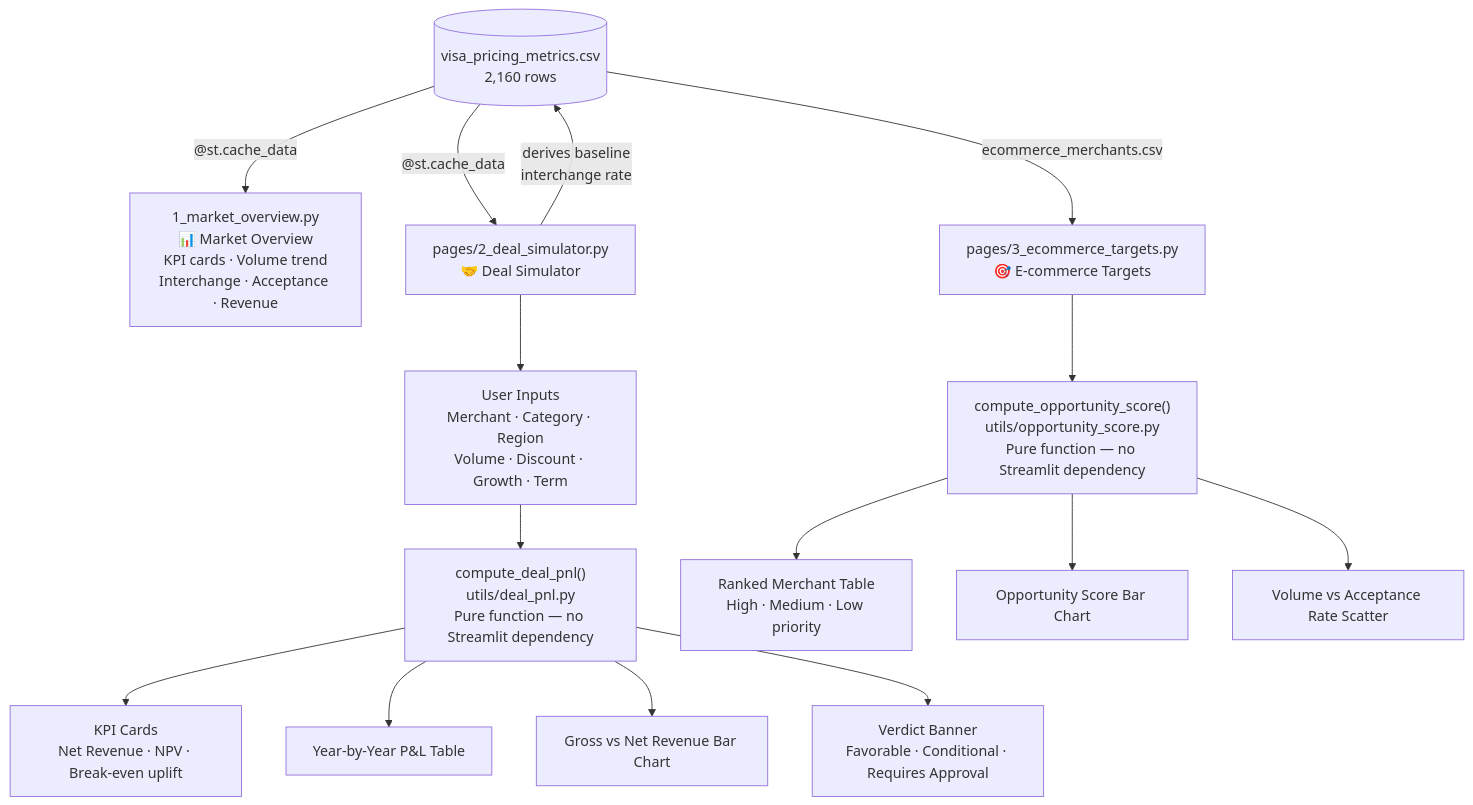
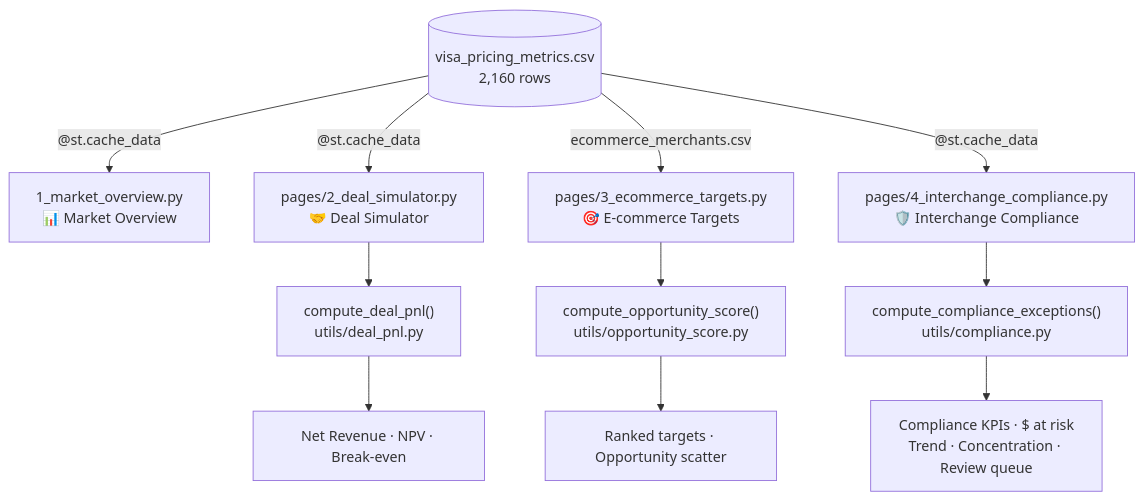
One commit to GoldenCrate/Visa-Pricing-Analyst changed the diagram in README.md. Above: the diagram before and after it, drawn with Mermaid. The commit also changed other lines of this file and 4 other files, not shown here.

````diff
--- a/README.md
+++ b/README.md
@@ -30,22 +67,17 @@
 ```mermaid
 flowchart TD
     CSV[("visa_pricing_metrics.csv\n2,160 rows")]
 
-    CSV -->|"@st.cache_data"| P1["1_market_overview.py\n📊 Market Overview\nKPI cards · Volume trend\nInterchange · Acceptance · Revenue"]
+    CSV -->|"@st.cache_data"| P1["1_market_overview.py\n📊 Market Overview"]
     CSV -->|"@st.cache_data"| P2["pages/2_deal_simulator.py\n🤝 Deal Simulator"]
     CSV -->|"ecommerce_merchants.csv"| P3["pages/3_ecommerce_targets.py\n🎯 E-commerce Targets"]
+    CSV -->|"@st.cache_data"| P4["pages/4_interchange_compliance.py\n🛡️ Interchange Compliance"]
 
-    P2 --> INPUTS["User Inputs\nMerchant · Category · Region\nVolume · Discount · Growth · Term"]
-    INPUTS --> FN["compute_deal_pnl()\nutils/deal_pnl.py\nPure function — no Streamlit dependency"]
-    FN --> OUT1["KPI Cards\nNet Revenue · NPV · Break-even uplift"]
-    FN --> OUT2["Year-by-Year P&L Table"]
-    FN --> OUT3["Gross vs Net Revenue Bar Chart"]
-    FN --> OUT4["Verdict Banner\nFavorable · Conditional · Requires Approval"]
+    P2 --> FN["compute_deal_pnl()\nutils/deal_pnl.py"]
+    P3 --> SCORE["compute_opportunity_score()\nutils/opportunity_score.py"]
+    P4 --> COMP["compute_compliance_exceptions()\nutils/compliance.py"]
 
-    P2 -->|"derives baseline\ninterchange rate"| CSV
-
-    P3 --> SCORE["compute_opportunity_score()\nutils/opportunity_score.py\nPure function — no Streamlit dependency"]
-    SCORE --> OUT5["Ranked Merchant Table\nHigh · Medium · Low priority"]
-    SCORE --> OUT6["Opportunity Score Bar Chart"]
-    SCORE --> OUT7["Volume vs Acceptance Rate Scatter"]
+    FN --> OUT1["Net Revenue · NPV · Break-even"]
+    SCORE --> OUT2["Ranked targets · Opportunity scatter"]
+    COMP --> OUT3["Compliance KPIs · $ at risk\nTrend · Concentration · Review queue"]
 ```
````
